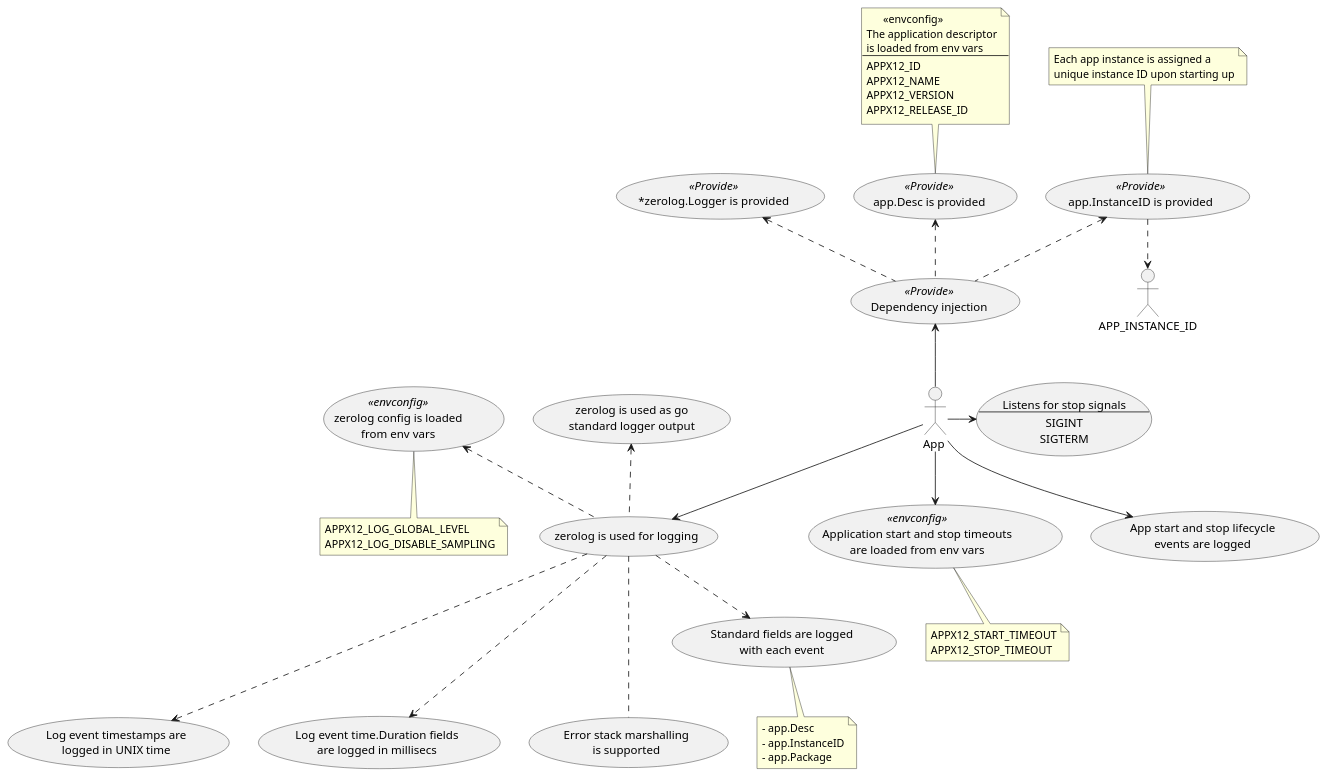
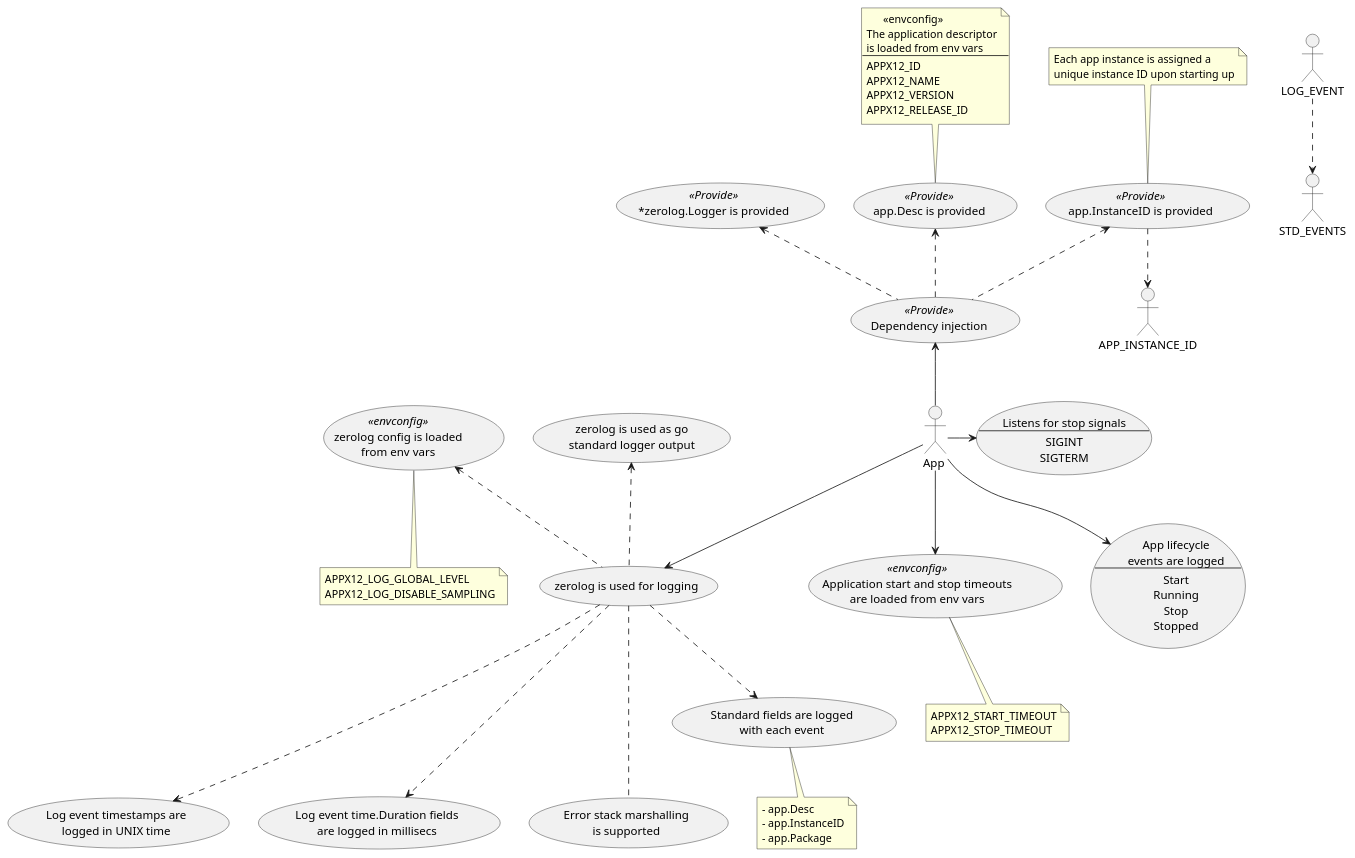
One commit to oysterpack/andiamo changed the diagram in pkg/app/fx/usecases.puml. Above: the diagram before and after it, drawn with PlantUML. The commit also changed 8 other files, not shown here.

First line of the commit message:
Refactored log events

```diff
--- a/pkg/app/fx/usecases.puml
+++ b/pkg/app/fx/usecases.puml
@@ -1,92 +1,100 @@
 @startuml
 actor :App : as APP
 
 usecase APP_TIMEOUTS << envconfig >> as "Application start and stop timeouts
 are loaded from env vars"
 
 note bottom of APP_TIMEOUTS {
 APPX12_START_TIMEOUT
 APPX12_STOP_TIMEOUT
 }
 
 usecase APP_LOGGING as "zerolog is used for logging"
 usecase ZEROLOG_CONFIG << envconfig >> as "zerolog config is loaded
 from env vars"
 
 note bottom of ZEROLOG_CONFIG {
 APPX12_LOG_GLOBAL_LEVEL
 APPX12_LOG_DISABLE_SAMPLING
 }
 
 usecase LOG_APP_DESC as "Standard fields are logged
 with each event"
 
 note bottom of LOG_APP_DESC {
 - app.Desc
 - app.InstanceID
 - app.Package
 }
 
 usecase LOG_TIMESTAMP as "Log event timestamps are
 logged in UNIX time"
 
 usecase LOG_DURATION as "Log event time.Duration fields
 are logged in millisecs"
 
 usecase LOG_ERROR_STACK_MARSHALLER as "Error stack marshalling
 is supported"
 
 usecase GO_LOGGING as "zerolog is used as go
 standard logger output"
 
 usecase DEPENDENCY_INJECTION << Provide >> as "Dependency injection"
 usecase PROVIDE_APP_DESC << Provide >> as "app.Desc is provided"
 
 note top of PROVIDE_APP_DESC {
       <<envconfig>>
 The application descriptor
 is loaded from env vars
 ---
 APPX12_ID
 APPX12_NAME
 APPX12_VERSION
 APPX12_RELEASE_ID
 }
 
 usecase PROVIDE_APP_INSTANCE_ID << Provide >> as "app.InstanceID is provided"
 
 note top of PROVIDE_APP_INSTANCE_ID  {
 Each app instance is assigned a
 unique instance ID upon starting up
 }
 
 usecase PROVIDE_LOGGER << Provide >> as "*zerolog.Logger is provided"
 
 DEPENDENCY_INJECTION .up.> PROVIDE_APP_DESC
 DEPENDENCY_INJECTION .up.> PROVIDE_APP_INSTANCE_ID
 DEPENDENCY_INJECTION .up.> PROVIDE_LOGGER
 APP_INSTANCE_ID <.up. PROVIDE_APP_INSTANCE_ID
 
-usecase APP_LIFECYCLE_LOG_EVENTS as "App start and stop lifecycle
-events are logged"
+usecase LOG_APP_LIFECYCLE_EVENTS as "App lifecycle
+events are logged
+---
+Start
+Running
+Stop
+Stopped"
 
 usecase APP_STOP_SIGNALS as "Listens for stop signals
 ---
 SIGINT
 SIGTERM
 "
+
+LOG_EVENT ..> STD_EVENTS
 
 APP_LOGGING .up.> GO_LOGGING
 APP_LOGGING .up.> ZEROLOG_CONFIG
 APP_LOGGING ..> LOG_APP_DESC
 APP_LOGGING ...> LOG_TIMESTAMP
 APP_LOGGING ...> LOG_DURATION
 APP_LOGGING ... LOG_ERROR_STACK_MARSHALLER
 
 APP -up-> DEPENDENCY_INJECTION
 APP --> APP_TIMEOUTS
 APP --> APP_LOGGING
-APP --> APP_LIFECYCLE_LOG_EVENTS
+
+APP --> LOG_APP_LIFECYCLE_EVENTS
 APP -> APP_STOP_SIGNALS
 
 @enduml
```
